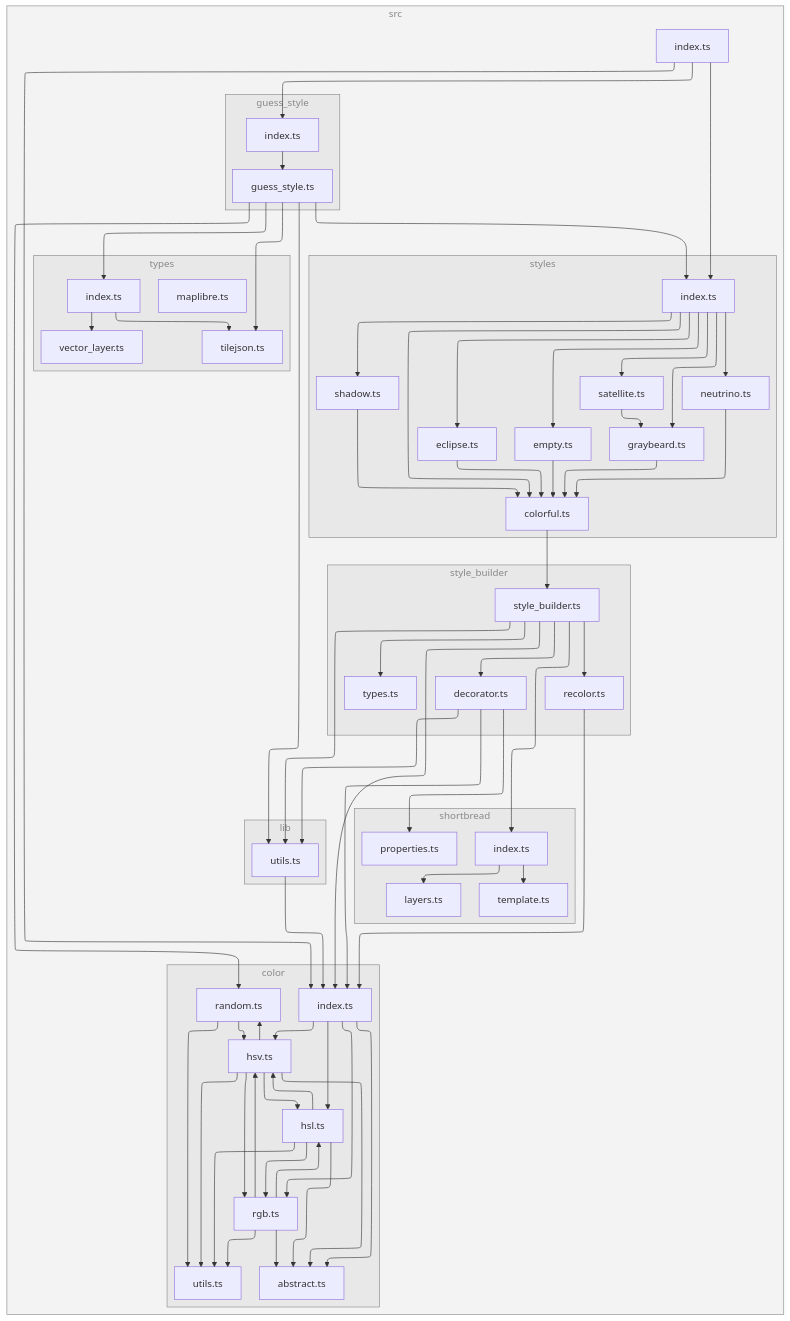
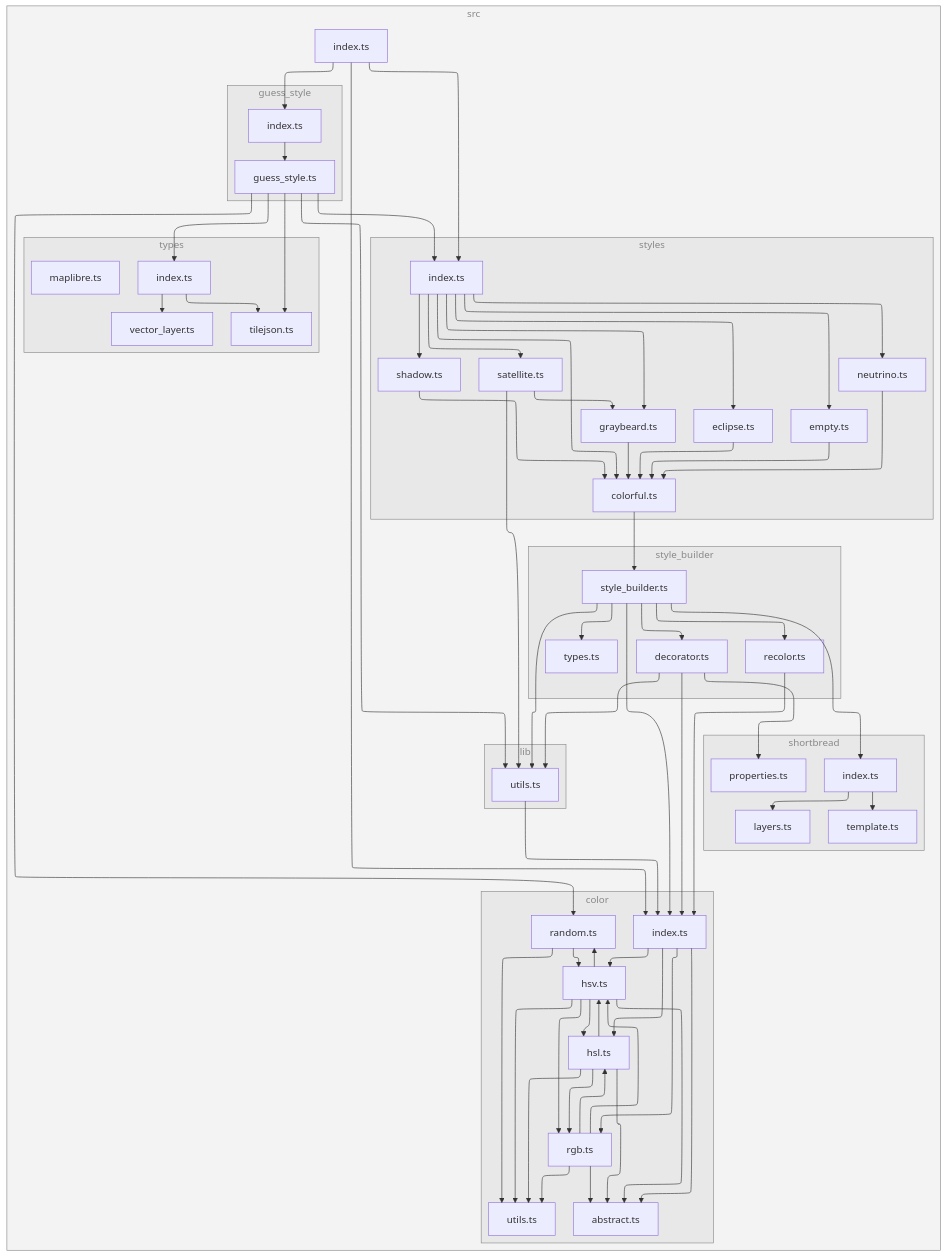
The diagram in README.md (versatiles-org/versatiles-style), drawn with Mermaid before and after one commit. The commit also changed 3 other files, not shown here.

```diff
--- a/README.md
+++ b/README.md
@@ -246,6 +246,7 @@
 R-->F
 S-->F
 T-->F
+U-->C
 U-->S
 V-->F
 X-->Y
```
